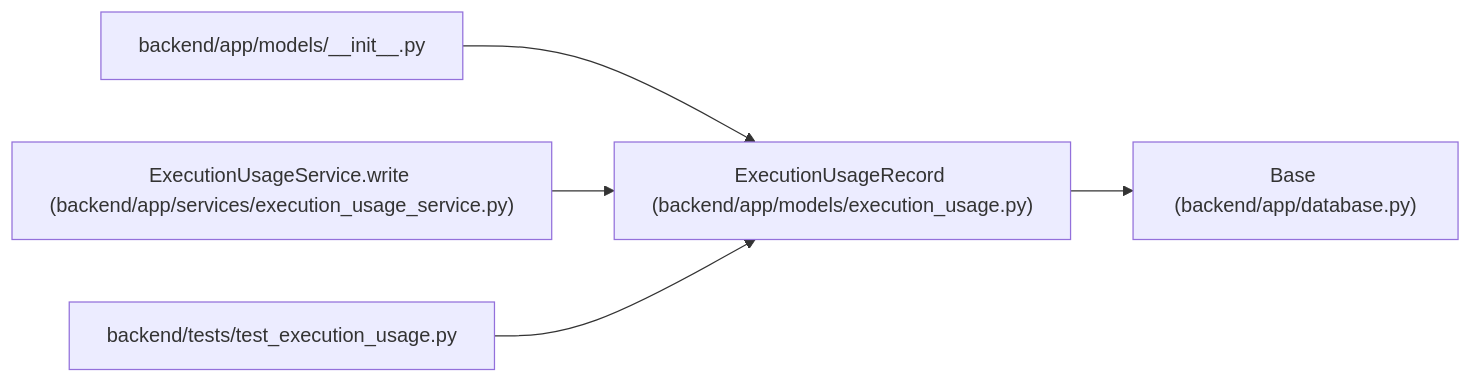
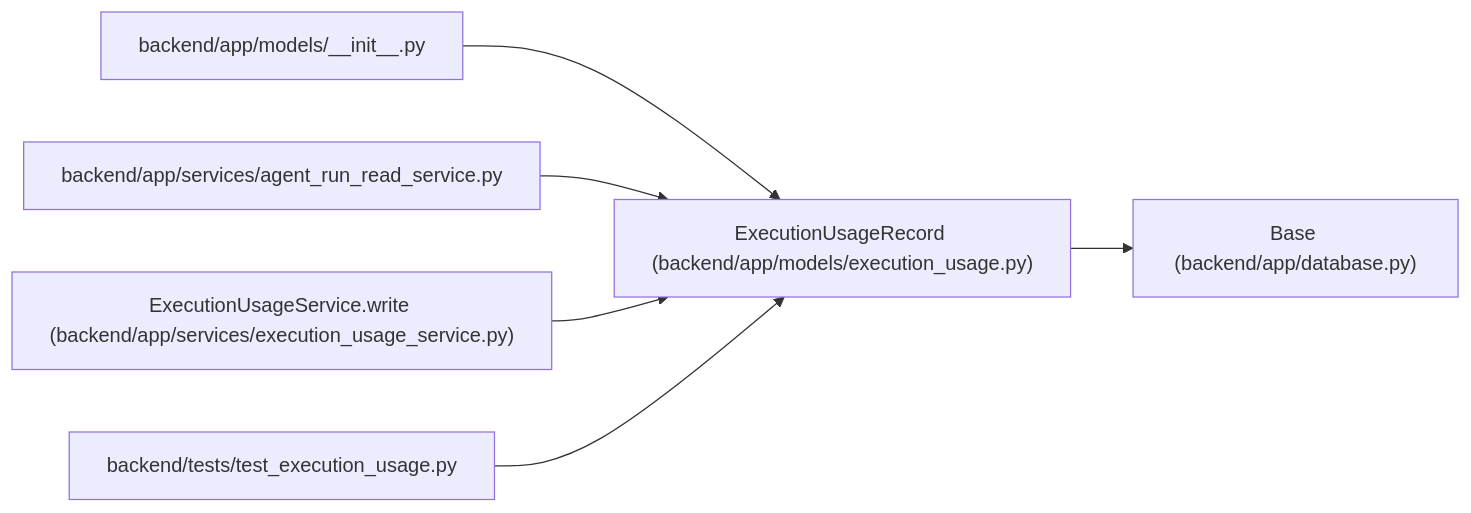
One commit to Denissvgn/WorkChord changed the diagram in docs/llm_wiki/entities/ExecutionUsageRecord.md. Above: the diagram before and after it, drawn with Mermaid. The commit also changed other lines of this file and 879 other files, not shown here.

````diff
--- a/docs/llm_wiki/entities/ExecutionUsageRecord.md
+++ b/docs/llm_wiki/entities/ExecutionUsageRecord.md
@@ -40,17 +40,20 @@
 ```mermaid
 flowchart LR
     n0["ExecutionUsageRecord (backend/app/models/execution_usage.py)"]
     n1["Base (backend/app/database.py)"]
     n2["backend/app/models/__init__.py"]
-    n3["ExecutionUsageService.write (backend/app/services/execution_usage_service.py)"]
-    n4["backend/tests/test_execution_usage.py"]
+    n3["backend/app/services/agent_run_read_service.py"]
+    n4["ExecutionUsageService.write (backend/app/services/execution_usage_service.py)"]
+    n5["backend/tests/test_execution_usage.py"]
     n0 --> n1
     n2 --> n0
     n3 --> n0
     n4 --> n0
+    n5 --> n0
     click n0 "../modules/models_execution_usage.md"
     click n1 "../modules/app_database.md"
     click n2 "../modules/models___init__.md"
-    click n3 "../modules/execution_usage_service.md"
-    click n4 "../modules/test_execution_usage.md"
+    click n3 "../modules/agent_run_read_service.md"
+    click n4 "../modules/execution_usage_service.md"
+    click n5 "../modules/test_execution_usage.md"
 ```
````
